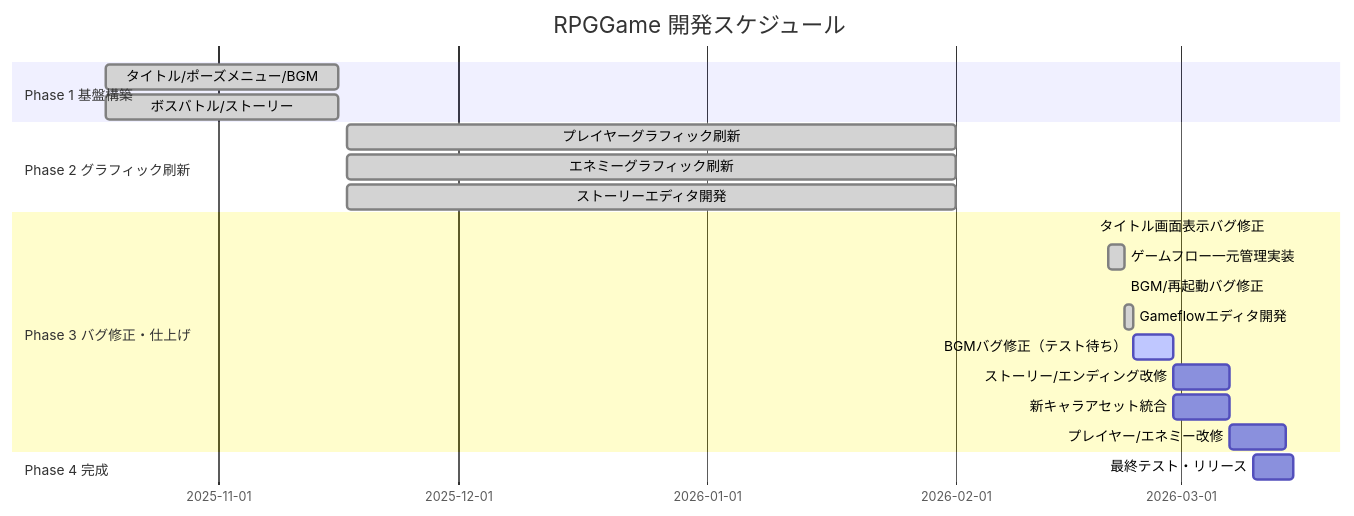
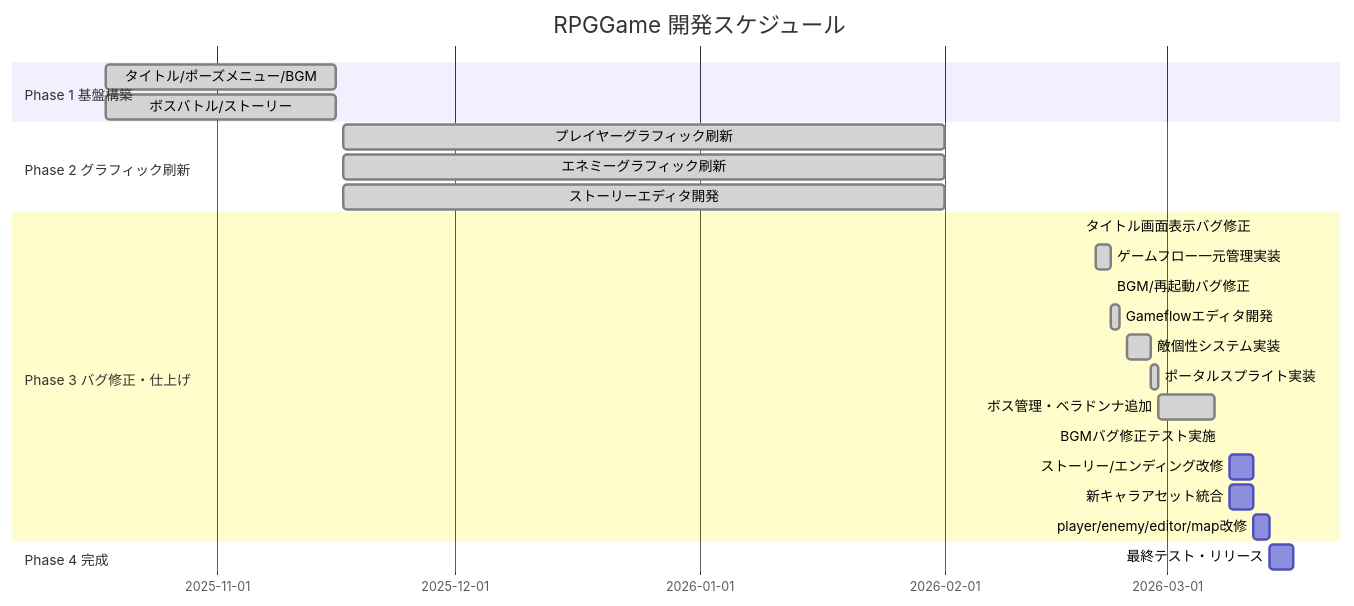
The diagram in PROJECT_STATUS.md (TakaI2/RPG-Game), drawn with Mermaid before and after one commit. The commit also changed other lines of this file and 10 other files, not shown here.

````diff
--- a/PROJECT_STATUS.md
+++ b/PROJECT_STATUS.md
@@ -77,23 +93,26 @@
 ```mermaid
 gantt
     title RPGGame 開発スケジュール
     dateFormat YYYY-MM-DD
     section Phase 1 基盤構築
     タイトル/ポーズメニュー/BGM    :done, phase1a, 2025-10-18, 2025-11-16
     ボスバトル/ストーリー           :done, phase1b, 2025-10-18, 2025-11-16
     section Phase 2 グラフィック刷新
     プレイヤーグラフィック刷新      :done, phase2a, 2025-11-17, 2026-02-01
     エネミーグラフィック刷新        :done, phase2b, 2025-11-17, 2026-02-01
     ストーリーエディタ開発          :done, phase2c, 2025-11-17, 2026-02-01
     section Phase 3 バグ修正・仕上げ
     タイトル画面表示バグ修正        :done, phase3a, 2026-02-18, 2026-02-18
     ゲームフロー一元管理実装        :done, phase3b, 2026-02-20, 2026-02-22
     BGM/再起動バグ修正             :done, phase3c, 2026-02-22, 2026-02-22
-    Gameflowエディタ開発            :done, phase3c, 2026-02-22, 2026-02-23
-    BGMバグ修正（テスト待ち）       :active, phase3d, 2026-02-23, 2026-02-28
-    ストーリー/エンディング改修     :phase3e, 2026-02-28, 2026-03-07
-    新キャラアセット統合            :phase3f, 2026-02-28, 2026-03-07
-    プレイヤー/エネミー改修         :phase3g, 2026-03-07, 2026-03-14
+    Gameflowエディタ開発            :done, phase3d, 2026-02-22, 2026-02-23
+    敵個性システム実装              :done, phase3e, 2026-02-24, 2026-02-27
+    ポータルスプライト実装          :done, phase3f, 2026-02-27, 2026-02-28
+    ボス管理・ベラドンナ追加        :done, phase3g, 2026-02-28, 2026-03-07
+    BGMバグ修正テスト実施           :active, phase3h, 2026-03-08, 2026-03-08
+    ストーリー/エンディング改修     :phase3i, 2026-03-09, 2026-03-12
+    新キャラアセット統合            :phase3j, 2026-03-09, 2026-03-12
+    player/enemy/editor/map改修     :phase3k, 2026-03-12, 2026-03-14
     section Phase 4 完成
-    最終テスト・リリース            :phase4, 2026-03-10, 2026-03-15
+    最終テスト・リリース            :phase4, 2026-03-14, 2026-03-17
 ```
````
